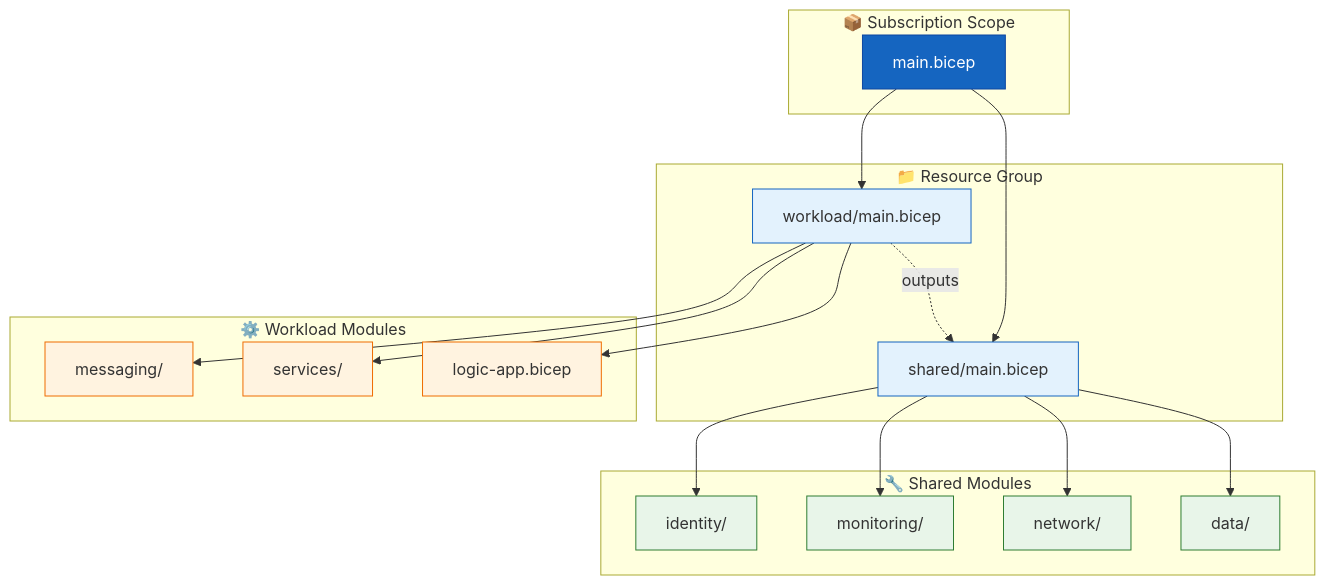
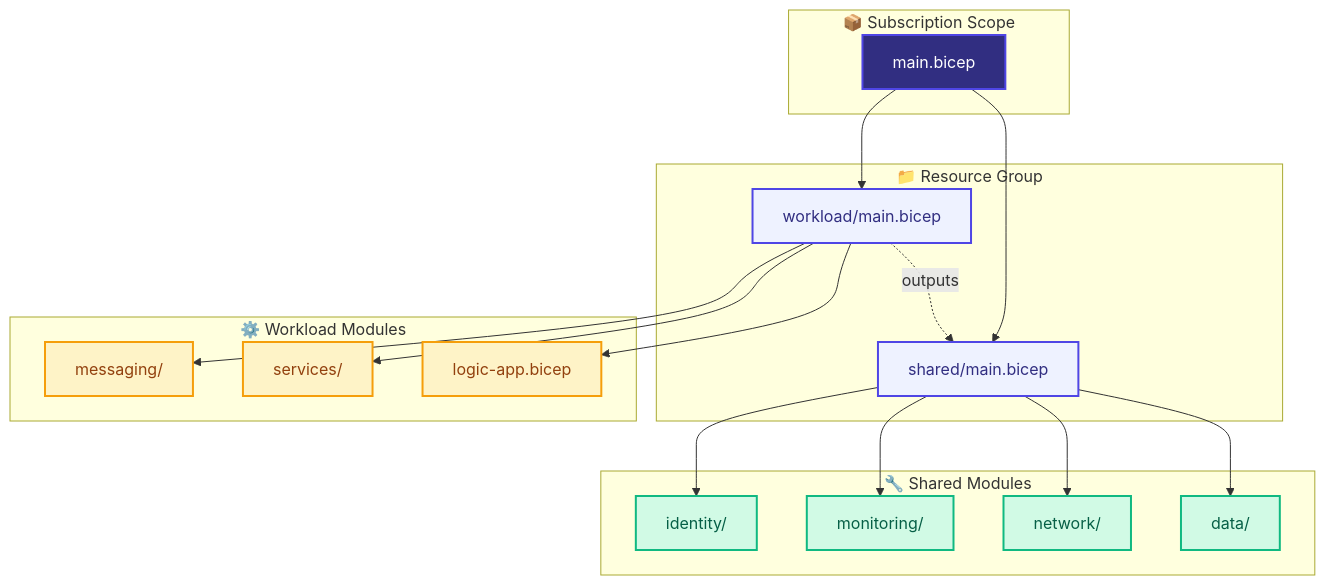
Before and after one commit to Evilazaro/Azure-LogicApps-Monitoring: the second of 6 diagrams in docs/architecture/07-deployment-architecture.md, drawn with Mermaid. The commit also changed other lines of this file and 1 other file, not shown here.

Commit message:
feat(docs): Update security and deployment architecture diagrams with modern color palette and detailed annotations

````diff
--- a/docs/architecture/07-deployment-architecture.md
+++ b/docs/architecture/07-deployment-architecture.md
@@ -86,46 +89,49 @@
 ```mermaid
 flowchart TB
+    %% Bicep Module Relationships - Infrastructure as Code structure
     subgraph Subscription["📦 Subscription Scope"]
         Main["main.bicep"]
     end
 
     subgraph RG["📁 Resource Group"]
         Shared["shared/main.bicep"]
         Workload["workload/main.bicep"]
     end
 
     subgraph SharedModules["🔧 Shared Modules"]
         Identity["identity/"]
         Monitoring["monitoring/"]
         Network["network/"]
         Data["data/"]
     end
 
     subgraph WorkloadModules["⚙️ Workload Modules"]
         Messaging["messaging/"]
         Services["services/"]
         LogicApp["logic-app.bicep"]
     end
 
+    %% Module dependencies
     Main --> Shared
     Main --> Workload
     Shared --> Identity
     Shared --> Monitoring
     Shared --> Network
     Shared --> Data
     Workload --> Messaging
     Workload --> Services
     Workload --> LogicApp
 
     Workload -.->|"outputs"| Shared
 
-    classDef main fill:#1565c0,stroke:#0d47a1,color:#fff
-    classDef module fill:#e3f2fd,stroke:#1565c0
-    classDef shared fill:#e8f5e9,stroke:#2e7d32
-    classDef workload fill:#fff3e0,stroke:#ef6c00
+    %% Modern color palette - WCAG AA compliant
+    classDef main fill:#312E81,stroke:#4F46E5,stroke-width:2px,color:#fff
+    classDef module fill:#EEF2FF,stroke:#4F46E5,stroke-width:2px,color:#312E81
+    classDef shared fill:#D1FAE5,stroke:#10B981,stroke-width:2px,color:#065F46
+    classDef workload fill:#FEF3C7,stroke:#F59E0B,stroke-width:2px,color:#92400E
 
     class Main main
     class Shared,Workload module
     class Identity,Monitoring,Network,Data shared
     class Messaging,Services,LogicApp workload
 ```
````
